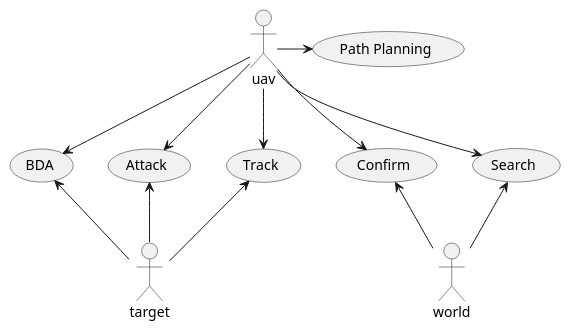
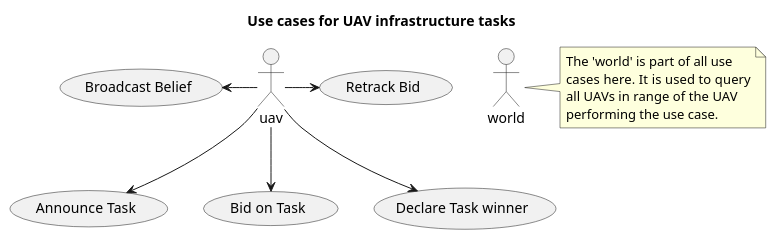
One commit to tansir1/thesis changed the diagram in dissertation/diagrams/uav_usecase_infrastructure.pu. Above: the diagram before and after it, drawn with PlantUML. The commit also changed 1 other file, not shown here.

Commit message:
Added infrastructure use cases.

```diff
--- a/dissertation/diagrams/uav_usecase_infrastructure.pu
+++ b/dissertation/diagrams/uav_usecase_infrastructure.pu
@@ -1,30 +1,27 @@
 @startuml
+
+title Use cases for UAV infrastructure tasks
 
 actor uav
 actor world
-actor target
 
-'Search
-uav -d-> (Search)
-world -u-> (Search)
+note right of world
+   The 'world' is part of all use
+   cases here.  It is used to query
+   all UAVs in range of the UAV
+   performing the use case.
+end note
 
-'Confirm
-uav -d-> (Confirm)
-world -u-> (Confirm)
+uav -l-> (Broadcast Belief)
 
-'Track
-uav -d-> (Track)
-target -u-> (Track)
+uav -d-> (Announce Task)
 
-'Attack
-uav -d-> (Attack)
-target -u-> (Attack)
+uav -d-> (Bid on Task)
 
-'Bda
-uav -d-> (BDA)
-target -u-> (BDA)
+'TODO Is this needed?
+uav -r-> (Retrack Bid)
 
-'Path Planning
-uav -> (Path Planning)
+'TODO Is this needed?
+uav -d-> (Declare Task winner)
 
 @enduml
```
